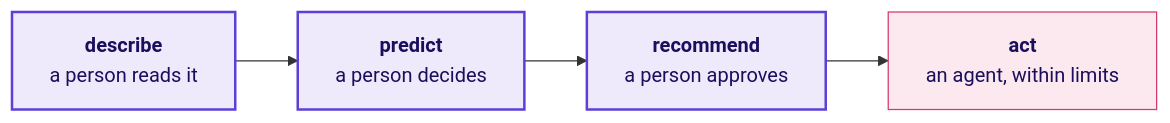
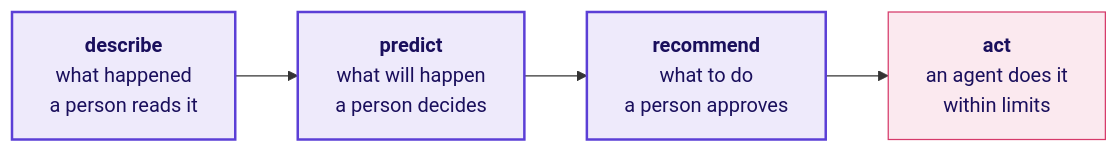
Before and after one commit to fde-academy-lab/c2-content-factory: the sixth of 18 diagrams in content/W01/D1/slides/C2_W01_D01_half1_STUDENT.md, drawn with Mermaid. The commit also changed other lines of this file and 16 other files, not shown here.

````diff
--- a/content/W01/D1/slides/C2_W01_D01_half1_STUDENT.md
+++ b/content/W01/D1/slides/C2_W01_D01_half1_STUDENT.md
@@ -200,10 +203,10 @@
 ```mermaid
 flowchart LR
-    D["<b>describe</b><br/>a person reads it"] --> P["<b>predict</b><br/>a person decides"]
-    P --> R["<b>recommend</b><br/>a person approves"]
-    R --> A["<b>act</b><br/>an agent, within limits"]
+    D["<b>describe</b><br/>what happened<br/>a person reads it"] --> P["<b>predict</b><br/>what will happen<br/>a person decides"]
+    P --> R["<b>recommend</b><br/>what to do<br/>a person approves"]
+    R --> A["<b>act</b><br/>an agent does it<br/>within limits"]
     classDef known fill:#EEEAFB,stroke:#5B3FD6,color:#1A0F5C,stroke-width:2px
     classDef bad fill:#FBE9EF,stroke:#D63A6A,color:#1A0F5C
     class D,P,R known
     class A bad
 ```
````
